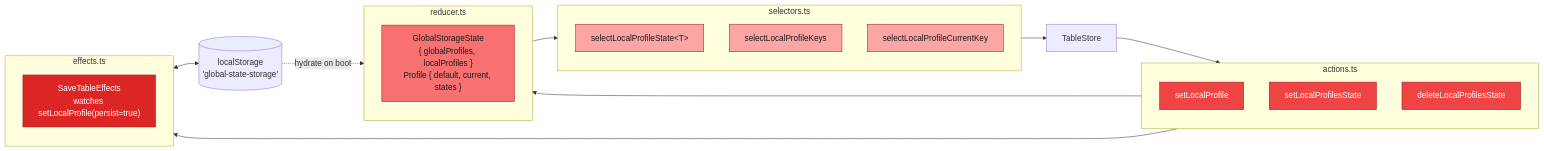
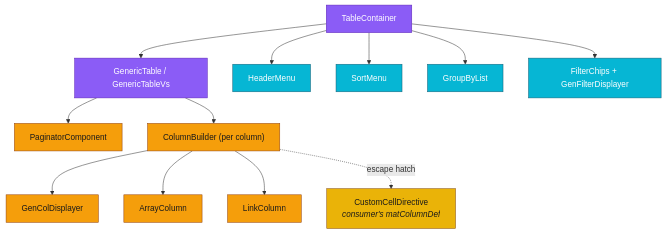
The fourth of 5 diagrams in docs/table-builder-map.md (Yitzchak-Holtzberg/OodleTableBuilder), drawn with Mermaid before and after one commit. The commit also changed other lines of this file, not shown here.

First line of the commit message:
docs: reorganize table-builder map around the pipeline mental model

````diff
--- a/docs/table-builder-map.md
+++ b/docs/table-builder-map.md
@@ -155,42 +124,24 @@
 ```mermaid
-flowchart LR
-    subgraph ACT["actions.ts"]
-        A1["setLocalProfile"]
-        A2["setLocalProfilesState"]
-        A3["deleteLocalProfilesState"]
-    end
+flowchart TB
+    TC["TableContainer"] --> GT["GenericTable / GenericTableVs"]
+    GT --> PAG["PaginatorComponent"]
+    GT --> CB["ColumnBuilder (per column)"]
+    CB --> GCD["GenColDisplayer"]
+    CB --> AC["ArrayColumn"]
+    CB --> LC["LinkColumn"]
+    CB -.escape hatch.-> CCD["CustomCellDirective<br/><i>consumer's matColumnDef</i>"]
 
-    subgraph RED["reducer.ts"]
-        R["GlobalStorageState<br/>{ globalProfiles, localProfiles }<br/>Profile { default, current, states }"]
-    end
+    TC --> HM["HeaderMenu"]
+    TC --> SM["SortMenu"]
+    TC --> GBL["GroupByList"]
+    TC --> FL["FilterChips + GenFilterDisplayer"]
 
-    subgraph SEL["selectors.ts"]
-        S1["selectLocalProfileState&lt;T&gt;"]
-        S2["selectLocalProfileKeys"]
-        S3["selectLocalProfileCurrentKey"]
-    end
-
-    subgraph EFF["effects.ts"]
-        E["SaveTableEffects<br/>watches setLocalProfile(persist=true)"]
-    end
-
-    LS[("localStorage<br/>'global-state-storage'")]
-    TS["TableStore"]
-
-    ACT --> RED
-    RED --> SEL
-    SEL --> TS
-    TS --> ACT
-    ACT --> EFF
-    EFF <--> LS
-    LS -.->|"hydrate on boot"| RED
-
-    classDef act fill:#ef4444,stroke:#991b1b,color:#fff
-    classDef red fill:#f87171,stroke:#991b1b,color:#1a1a1a
-    classDef sel fill:#fca5a5,stroke:#991b1b,color:#1a1a1a
-    classDef eff fill:#dc2626,stroke:#7f1d1d,color:#fff
-    class A1,A2,A3 act
-    class R red
-    class S1,S2,S3 sel
-    class E eff
+    classDef container fill:#8b5cf6,stroke:#5b21b6,color:#fff
+    classDef cell fill:#f59e0b,stroke:#92400e,color:#1a1a1a
+    classDef menu fill:#06b6d4,stroke:#155e75,color:#fff
+    classDef escape fill:#eab308,stroke:#854d0e,color:#1a1a1a
+    class TC,GT container
+    class CB,GCD,AC,LC,PAG cell
+    class HM,SM,GBL,FL menu
+    class CCD escape
 ```
````
